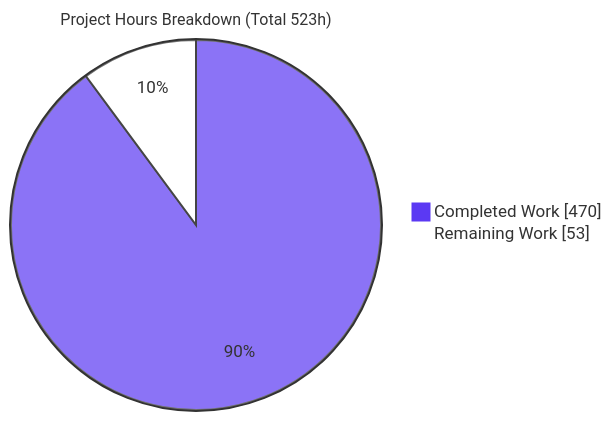
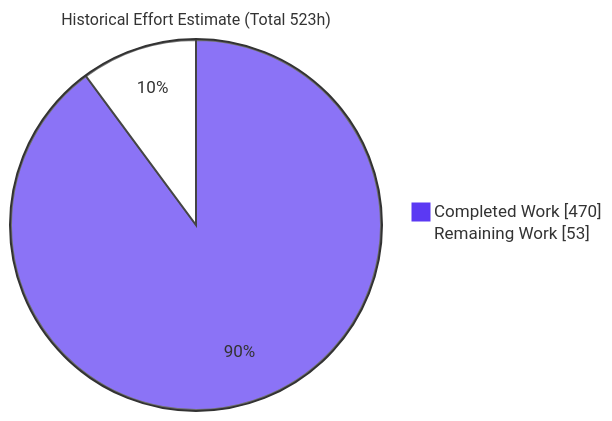
Before and after one commit to blitzy-research/zlib: the second of 3 diagrams in blitzy/documentation/Project Guide.md, drawn with Mermaid. The commit also changed other lines of this file, not shown here.

````diff
--- a/blitzy/documentation/Project Guide.md
+++ b/blitzy/documentation/Project Guide.md
@@ -201,6 +373,6 @@
 ```mermaid
 %%{init: {'theme':'base','themeVariables':{'pie1':'#5B39F3','pie2':'#FFFFFF','pieStrokeColor':'#333333','pieOuterStrokeColor':'#333333','pieSectionTextColor':'#333333','pieStrokeWidth':'2px','pieTitleTextSize':'16px'}}}%%
-pie showData title Project Hours Breakdown (Total 523h)
+pie showData title Historical Effort Estimate (Total 523h)
     "Completed Work" : 470
     "Remaining Work" : 53
 ```
````
